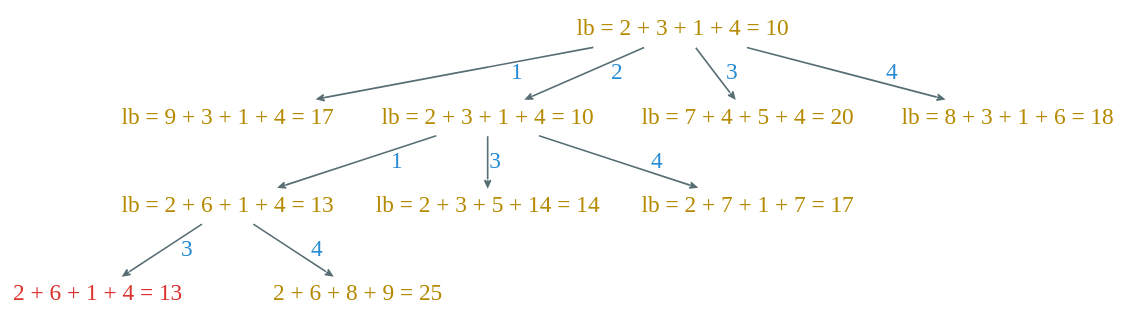
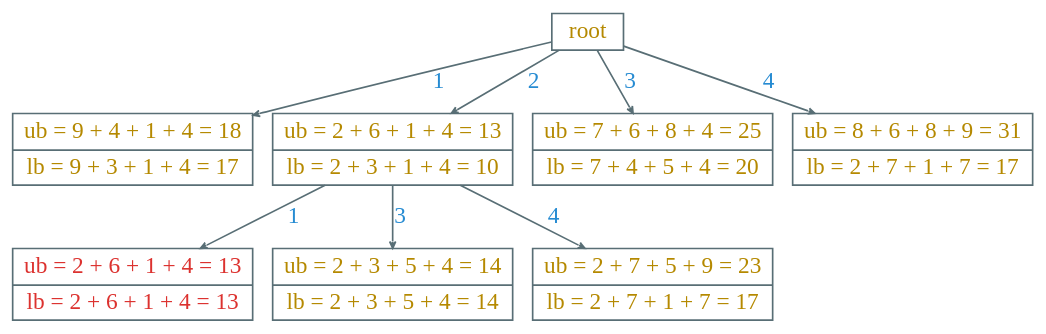
One commit to Avanti1980/course-alg changed the diagram in dot/job-distribution.dot. Above: the diagram before and after it, drawn with Graphviz. The commit also changed 8 other files, not shown here.

```diff
--- a/dot/job-distribution.dot
+++ b/dot/job-distribution.dot
@@ -1,28 +1,34 @@
 digraph g {
     bgcolor=transparent
     rankdir=TB
-    graph [nodesep=0.16,  ranksep=0.2]
-    node [shape=plaintext,  color="#586e75",  fixedsize=true,  width=2,  height=0.3,  fontcolor="#b58900",  fontsize=14,  fontname="LXGWWenKai"]
+    graph [nodesep=0.16,  ranksep=0.3]
+    node [shape=record,  color="#586e75",  fixedsize=true,  width=0.6,  height=0.3,  fontcolor="#b58900",  fontsize=14,  fontname="LXGWWenKai"]
     edge [arrowhead=vee,  color="#586e75",  fontcolor="#268bd2",  fontsize=14,  fontname="LXGWWenKai",  arrowsize=0.4]
 
-    root [label="lb = 2 + 3 + 1 + 4 = 10"]
+    root
 
-    root -> "lb = 9 + 3 + 1 + 4 = 17" [label=1]
-    root -> "lb = 2 + 3 + 1 + 4 = 10" [label=2]
-    root -> "lb = 7 + 4 + 5 + 4 = 20" [label=3]
-    root -> "lb = 8 + 3 + 1 + 6 = 18" [label=4]
+    node [width=2, height=0.6]
 
-    "lb = 2 + 3 + 1 + 4 = 10" -> "lb = 2 + 6 + 1 + 4 = 13" [label=1]
-    "lb = 2 + 3 + 1 + 4 = 10" -> "lb = 2 + 3 + 5 + 14 = 14" [label=3]
-    "lb = 2 + 3 + 1 + 4 = 10" -> "lb = 2 + 7 + 1 + 7 = 17" [label=4]
+    n1 [label="{ub = 9 + 4 + 1 + 4 = 18|lb = 9 + 3 + 1 + 4 = 17}"]
+    n2 [label="{ub = 2 + 6 + 1 + 4 = 13|lb = 2 + 3 + 1 + 4 = 10}"]
+    n3 [label="{ub = 7 + 6 + 8 + 4 = 25|lb = 7 + 4 + 5 + 4 = 20}"]
+    n4 [label="{ub = 8 + 6 + 8 + 9 = 31|lb = 2 + 7 + 1 + 7 = 17}"]
+
+    root -> n1 [label=1]
+    root -> n2 [label=2]
+    root -> n3 [label=3]
+    root -> n4 [label=4]
 
     node [fontcolor="#dc322f"]
 
-    13 [label="2 + 6 + 1 + 4 = 13"]
-
-    "lb = 2 + 6 + 1 + 4 = 13" -> 13 [label="3"]
+    n5 [label="{ub = 2 + 6 + 1 + 4 = 13|lb = 2 + 6 + 1 + 4 = 13}"]
 
     node [fontcolor="#b58900"]
 
-    "lb = 2 + 6 + 1 + 4 = 13" -> "2 + 6 + 8 + 9 = 25" [label="4"]
+    n6 [label="{ub = 2 + 3 + 5 + 4 = 14|lb = 2 + 3 + 5 + 4 = 14}"]
+    n7 [label="{ub = 2 + 7 + 5 + 9 = 23|lb = 2 + 7 + 1 + 7 = 17}"]
+
+    n2 -> n5 [label=1]
+    n2 -> n6 [label=3]
+    n2 -> n7 [label=4]
 }
```
